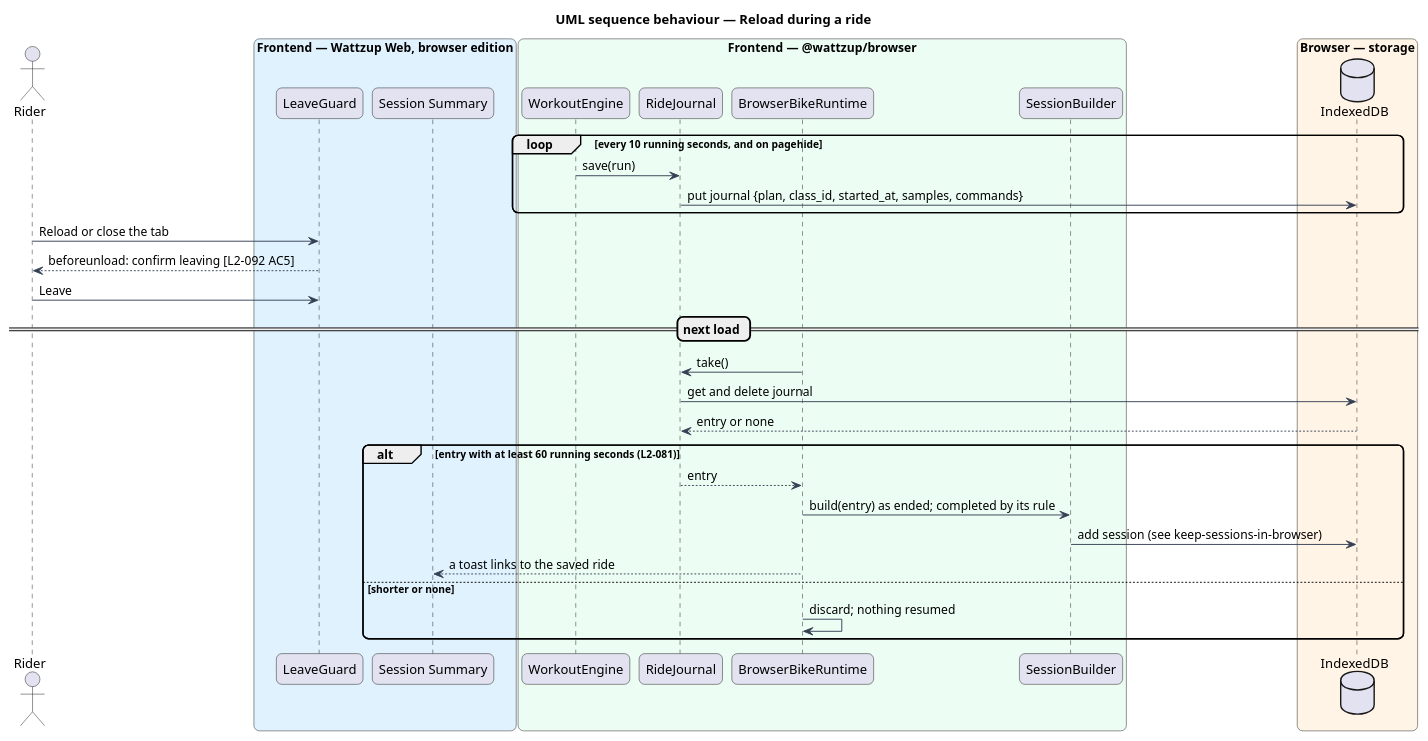
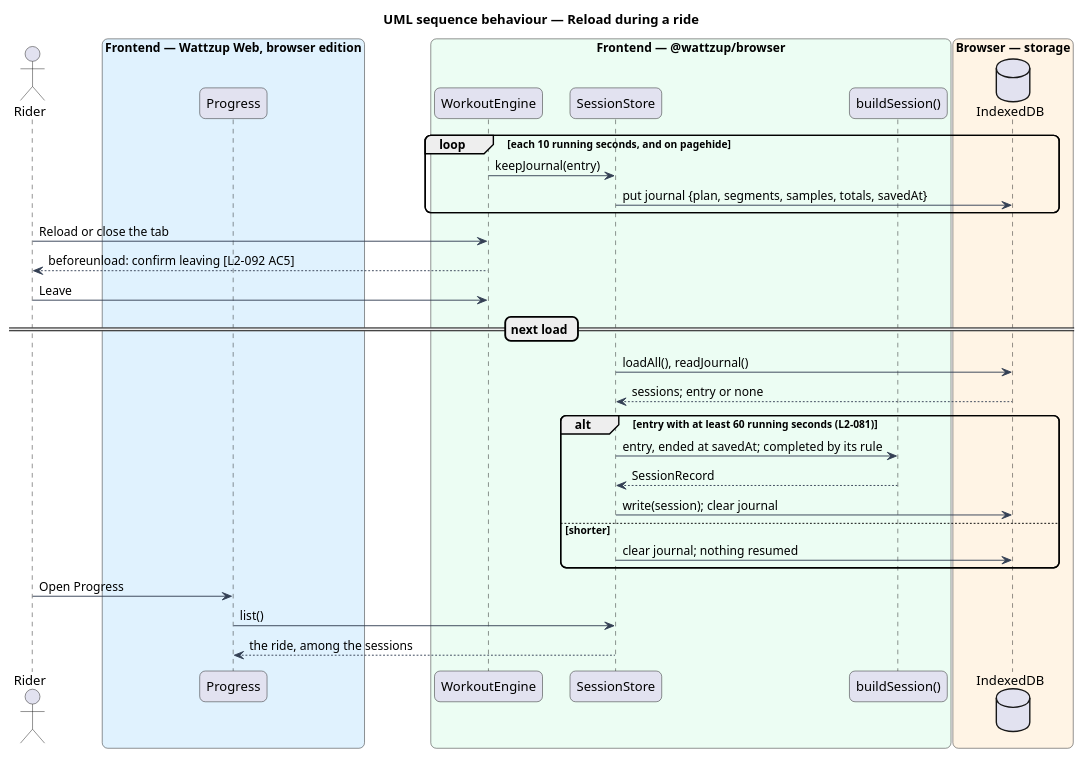
Before and after one commit to QuinntyneBrown/ride-one: the diagram in docs/detailed-designs/browser-edition/run-rides-in-browser/diagrams/sequence-reload-during-ride.puml, drawn with PlantUML. The commit also changed 16 other files, not shown here.

First line of the commit message:
Keep a ride the page closes on (L2-092 AC5)

```diff
--- a/docs/detailed-designs/browser-edition/run-rides-in-browser/diagrams/sequence-reload-during-ride.puml
+++ b/docs/detailed-designs/browser-edition/run-rides-in-browser/diagrams/sequence-reload-during-ride.puml
@@ -1,42 +1,41 @@
 @startuml
 title UML sequence behaviour — Reload during a ride
 skinparam backgroundColor #FFFFFF
 skinparam shadowing false
 skinparam roundcorner 12
 skinparam defaultFontName Arial
 skinparam ArrowColor #344054
 actor "Rider" as rider
 box "Frontend — Wattzup Web, browser edition" #E0F2FE
-  participant "LeaveGuard" as guard
-  participant "Session Summary" as summary
+  participant "Progress" as progress
 end box
 box "Frontend — @wattzup/browser" #ECFDF3
   participant "WorkoutEngine" as engine
-  participant "RideJournal" as journal
-  participant "BrowserBikeRuntime" as rt
-  participant "SessionBuilder" as builder
+  participant "SessionStore" as store
+  participant "buildSession()" as builder
 end box
 box "Browser — storage" #FFF4E5
   database "IndexedDB" as idb
 end box
 
-loop every 10 running seconds, and on pagehide
-  engine -> journal : save(run)
-  journal -> idb : put journal {plan, class_id, started_at, samples, commands}
+loop each 10 running seconds, and on pagehide
+  engine -> store : keepJournal(entry)
+  store -> idb : put journal {plan, segments, samples, totals, savedAt}
 end
-rider -> guard : Reload or close the tab
-guard --> rider : beforeunload: confirm leaving [L2-092 AC5]
-rider -> guard : Leave
+rider -> engine : Reload or close the tab
+engine --> rider : beforeunload: confirm leaving [L2-092 AC5]
+rider -> engine : Leave
 == next load ==
-rt -> journal : take()
-journal -> idb : get and delete journal
-idb --> journal : entry or none
+store -> idb : loadAll(), readJournal()
+idb --> store : sessions; entry or none
 alt entry with at least 60 running seconds (L2-081)
-  journal --> rt : entry
-  rt -> builder : build(entry) as ended; completed by its rule
-  builder -> idb : add session (see keep-sessions-in-browser)
-  rt --> summary : a toast links to the saved ride
-else shorter or none
-  rt -> rt : discard; nothing resumed
+  store -> builder : entry, ended at savedAt; completed by its rule
+  builder --> store : SessionRecord
+  store -> idb : write(session); clear journal
+else shorter
+  store -> idb : clear journal; nothing resumed
 end
+rider -> progress : Open Progress
+progress -> store : list()
+store --> progress : the ride, among the sessions
 @enduml
```
